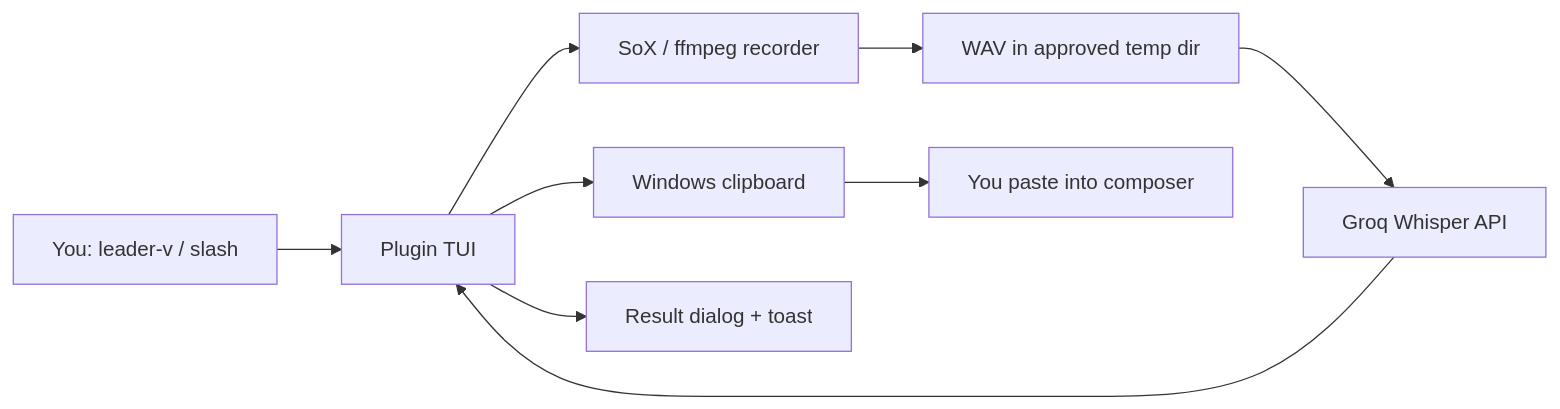
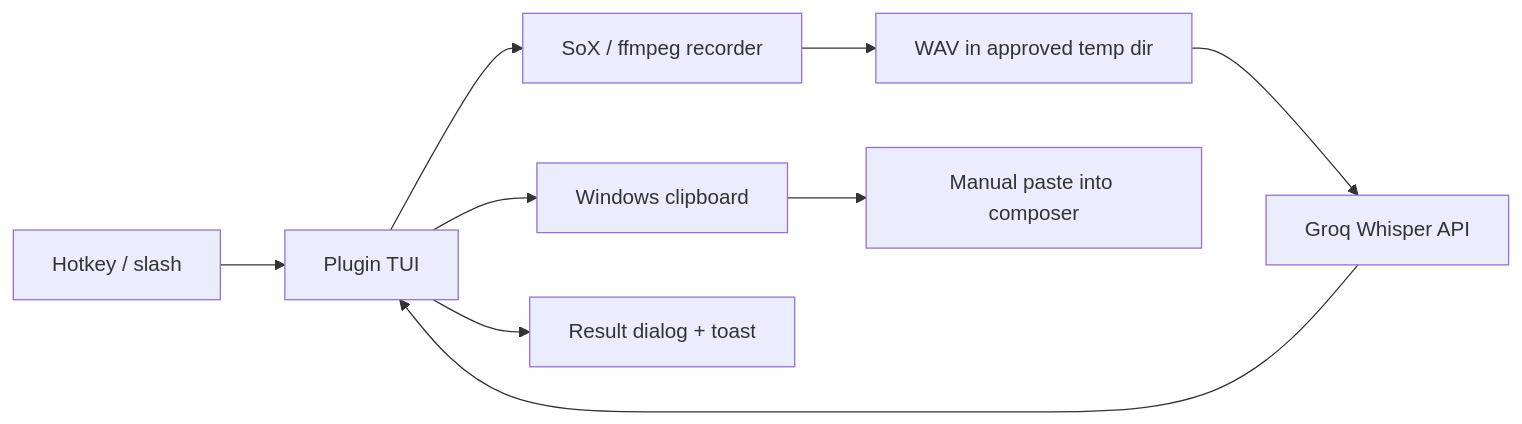
The diagram in docs/ARCHITECTURE.md (firmantarawahyu/stt-opencode-V2), drawn with Mermaid before and after one commit. The commit also changed other lines of this file and 3 other files, not shown here.

````diff
--- a/docs/ARCHITECTURE.md
+++ b/docs/ARCHITECTURE.md
@@ -13,11 +13,11 @@
 ```mermaid
 graph LR
-    U[You: leader-v / slash] --> P[Plugin TUI]
+    U[Hotkey / slash] --> P[Plugin TUI]
     P --> R[SoX / ffmpeg recorder]
     R --> W[WAV in approved temp dir]
     W --> G[Groq Whisper API]
     G --> P
     P --> C[Windows clipboard]
     P --> D[Result dialog + toast]
-    C --> M[You paste into composer]
+    C --> M[Manual paste into composer]
 ```
````
